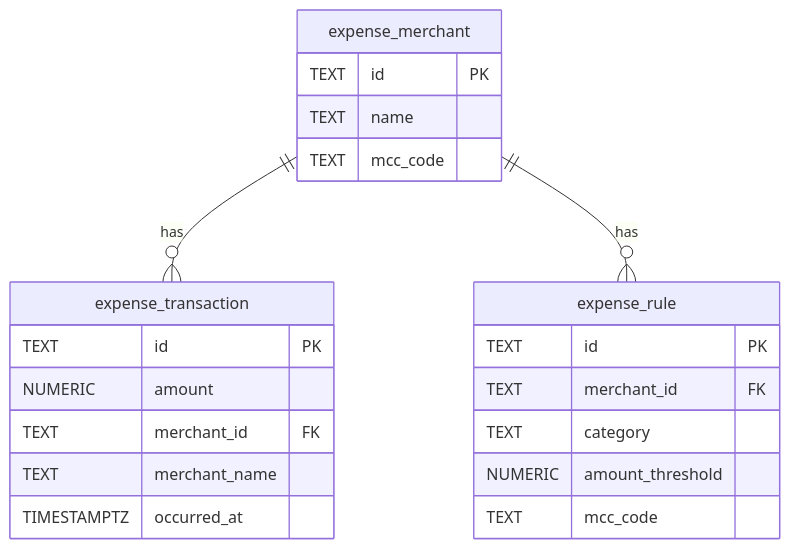
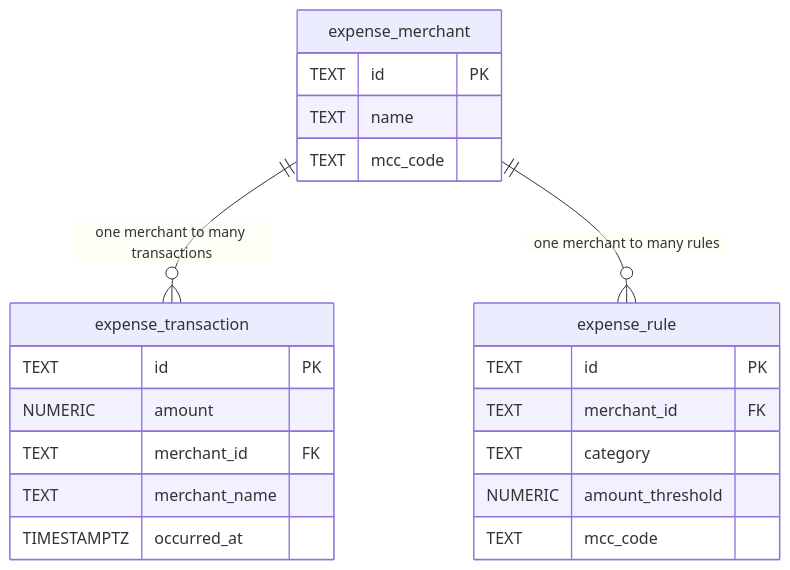
Before and after one commit to Syed-web-coder/expense-project: the diagram in db/README.md, drawn with Mermaid. The commit also changed 3 other files, not shown here.

````diff
--- a/db/README.md
+++ b/db/README.md
@@ -3,27 +3,26 @@
 ```mermaid
 erDiagram
     expense_merchant {
         TEXT id PK
         TEXT name
         TEXT mcc_code
     }
 
     expense_transaction {
         TEXT id PK
         NUMERIC amount
         TEXT merchant_id FK
         TEXT merchant_name
         TIMESTAMPTZ occurred_at
     }
 
     expense_rule {
         TEXT id PK
         TEXT merchant_id FK
         TEXT category
         NUMERIC amount_threshold
         TEXT mcc_code
     }
-
-    expense_merchant ||--o{ expense_transaction : "has"
-    expense_merchant ||--o{ expense_rule : "has"
+expense_merchant ||--o{ expense_transaction : "one merchant to many transactions"
+expense_merchant ||--o{ expense_rule : "one merchant to many rules"
 ``` 
````
